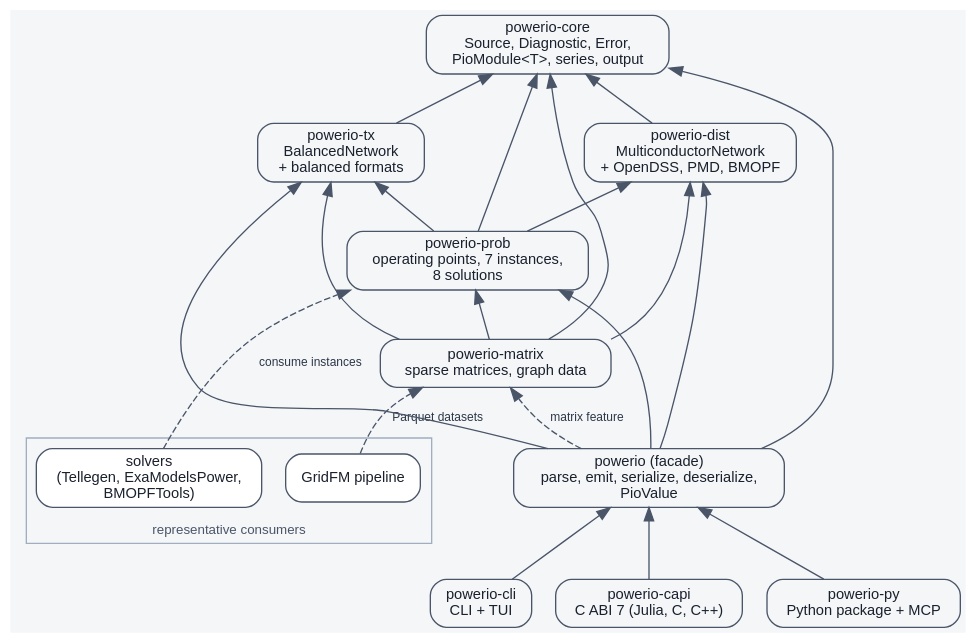
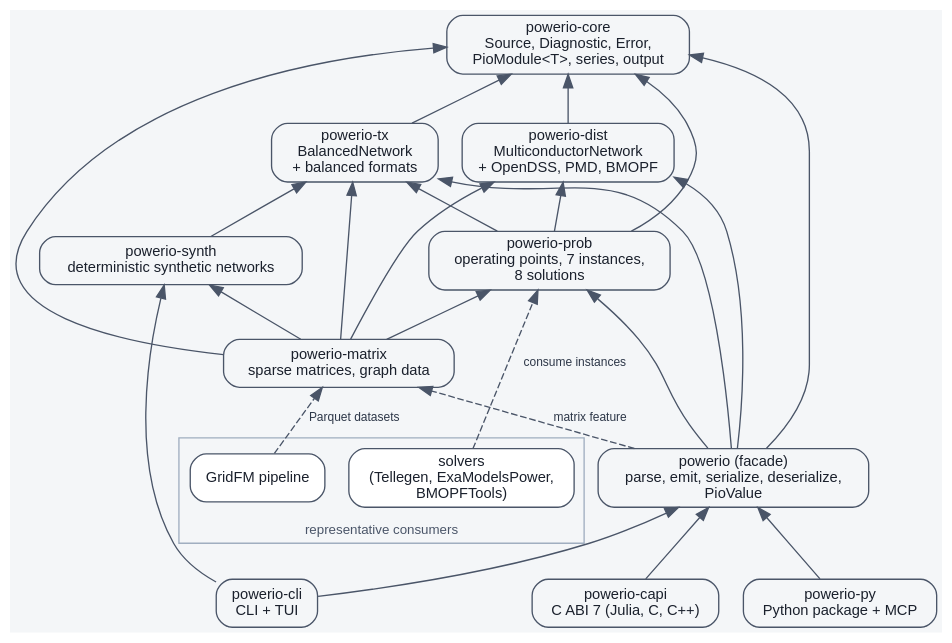
The diagram in docs/diagrams/architecture.dot (BurhanAbdullah/powerio), drawn with Graphviz before and after one commit. The commit also changed 24 other files, not shown here.

Commit message:
refactor(synth): promote deterministic generators to powerio-synth

```diff
--- a/docs/diagrams/architecture.dot
+++ b/docs/diagrams/architecture.dot
@@ -1,56 +1,60 @@
 // The primary architecture map: components, dependency direction, and the
 // two network families. Edges read "depends on" unless labeled. Checked
 // against cargo metadata by scripts/check-architecture-map.py; the committed
 // SVG is generated by the same script. Node ids that name crates must match
 // workspace member names exactly.
 digraph powerio_architecture {
     rankdir = BT;
     bgcolor = "#f4f6f8";
     node [shape = box, style = "rounded,filled", fillcolor = "#f4f6f8",
           color = "#4a5568", fontname = "Helvetica", fontsize = 11,
           fontcolor = "#1a202c"];
     edge [color = "#4a5568", fontname = "Helvetica", fontsize = 9,
           fontcolor = "#2d3748"];
 
     subgraph cluster_consumers {
         label = "representative consumers";
         fontname = "Helvetica"; fontsize = 10; color = "#a0aec0"; fontcolor = "#4a5568";
         solvers [label = "solvers\n(Tellegen, ExaModelsPower,\nBMOPFTools)", fillcolor = "#ffffff"];
         gridfm_ml [label = "GridFM pipeline", fillcolor = "#ffffff"];
     }
 
     "powerio-cli" [label = "powerio-cli\nCLI + TUI"];
     "powerio-capi" [label = "powerio-capi\nC ABI 7 (Julia, C, C++)"];
     "powerio-py" [label = "powerio-py\nPython package + MCP"];
 
     powerio [label = "powerio (facade)\nparse, emit, serialize, deserialize,\nPioValue"];
 
     "powerio-matrix" [label = "powerio-matrix\nsparse matrices, graph data"];
+    "powerio-synth" [label = "powerio-synth\ndeterministic synthetic networks"];
     "powerio-prob" [label = "powerio-prob\noperating points, 7 instances,\n8 solutions"];
 
     "powerio-tx" [label = "powerio-tx\nBalancedNetwork\n+ balanced formats"];
     "powerio-dist" [label = "powerio-dist\nMulticonductorNetwork\n+ OpenDSS, PMD, BMOPF"];
 
     "powerio-core" [label = "powerio-core\nSource, Diagnostic, Error,\nPioModule<T>, series, output"];
 
     "powerio-tx" -> "powerio-core";
     "powerio-dist" -> "powerio-core";
     "powerio-prob" -> "powerio-core";
     "powerio-prob" -> "powerio-tx";
     "powerio-prob" -> "powerio-dist";
     "powerio-matrix" -> "powerio-core";
     "powerio-matrix" -> "powerio-tx";
     "powerio-matrix" -> "powerio-dist";
     "powerio-matrix" -> "powerio-prob";
+    "powerio-matrix" -> "powerio-synth";
+    "powerio-synth" -> "powerio-tx";
     powerio -> "powerio-core";
     powerio -> "powerio-tx";
     powerio -> "powerio-dist";
     powerio -> "powerio-prob";
     powerio -> "powerio-matrix" [label = "matrix feature", style = dashed];
     "powerio-cli" -> powerio;
+    "powerio-cli" -> "powerio-synth";
     "powerio-capi" -> powerio;
     "powerio-py" -> powerio;
 
     solvers -> "powerio-prob" [label = "consume instances", style = dashed];
     gridfm_ml -> "powerio-matrix" [label = "Parquet datasets", style = dashed];
 }
```
